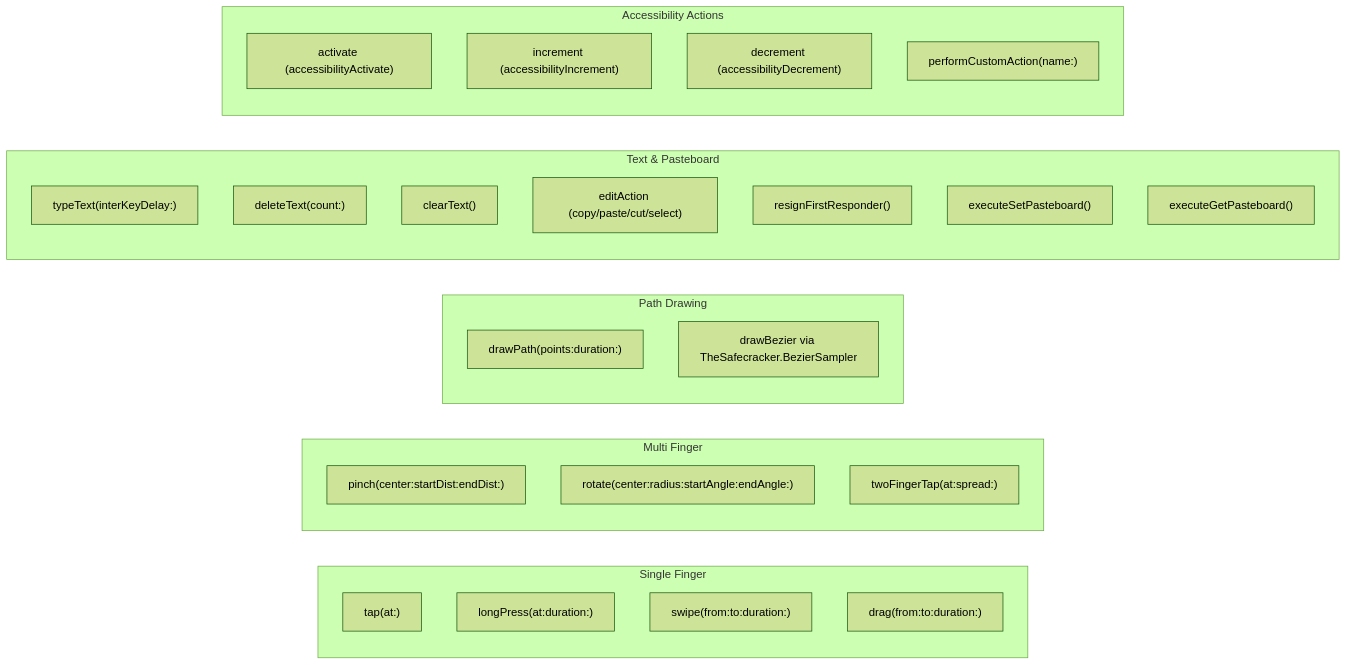
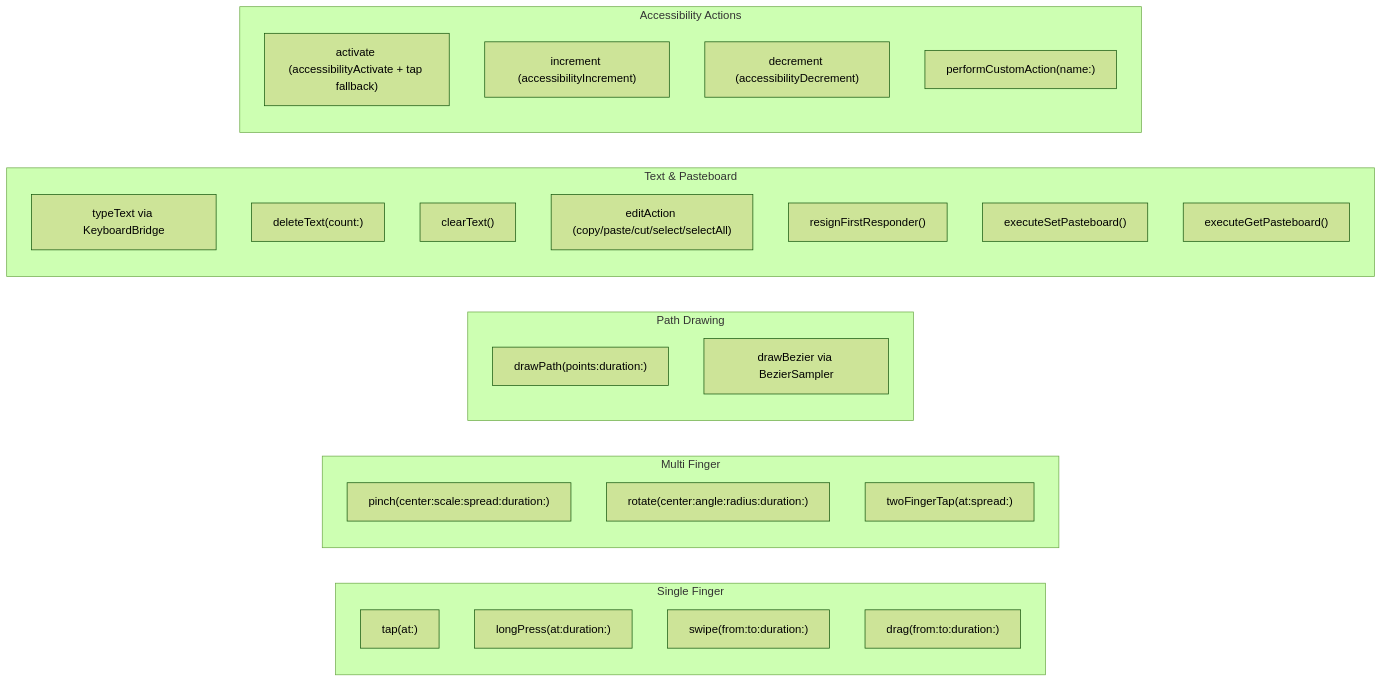
The third of 4 diagrams in docs/dossiers/04-THESAFECRACKER.md (RoyalPineapple/TheButtonHeist), drawn with Mermaid (forest theme) before and after one commit. The commit also changed other lines of this file and 11 other files, not shown here.

````diff
--- a/docs/dossiers/04-THESAFECRACKER.md
+++ b/docs/dossiers/04-THESAFECRACKER.md
@@ -99,37 +149,37 @@
 ```mermaid
 graph LR
     subgraph SingleFinger["Single Finger"]
         Tap["tap(at:)"]
         LongPress["longPress(at:duration:)"]
         Swipe["swipe(from:to:duration:)"]
         Drag["drag(from:to:duration:)"]
     end
 
     subgraph MultiFinger["Multi Finger"]
-        Pinch["pinch(center:startDist:endDist:)"]
-        Rotate["rotate(center:radius:startAngle:endAngle:)"]
+        Pinch["pinch(center:scale:spread:duration:)"]
+        Rotate["rotate(center:angle:radius:duration:)"]
         TwoTap["twoFingerTap(at:spread:)"]
     end
 
     subgraph Path["Path Drawing"]
         DrawPath["drawPath(points:duration:)"]
-        DrawBezier["drawBezier via TheSafecracker.BezierSampler"]
+        DrawBezier["drawBezier via BezierSampler"]
     end
 
     subgraph Text["Text & Pasteboard"]
-        Type["typeText(interKeyDelay:)"]
+        Type["typeText via KeyboardBridge"]
         Delete["deleteText(count:)"]
         Clear["clearText()"]
-        Edit["editAction (copy/paste/cut/select)"]
+        Edit["editAction (copy/paste/cut/select/selectAll)"]
         Dismiss["resignFirstResponder()"]
         SetPB["executeSetPasteboard()"]
         GetPB["executeGetPasteboard()"]
     end
 
     subgraph AccessActions["Accessibility Actions"]
-        Activate["activate (accessibilityActivate)"]
+        Activate["activate (accessibilityActivate + tap fallback)"]
         Increment["increment (accessibilityIncrement)"]
         Decrement["decrement (accessibilityDecrement)"]
         Custom["performCustomAction(name:)"]
     end
 ```
````
